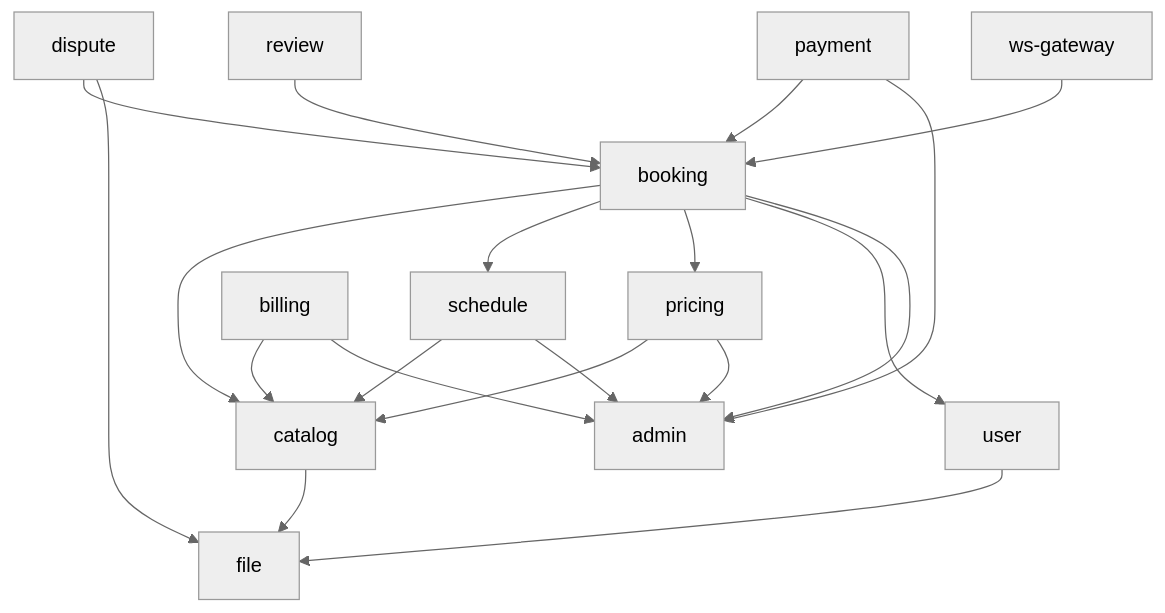
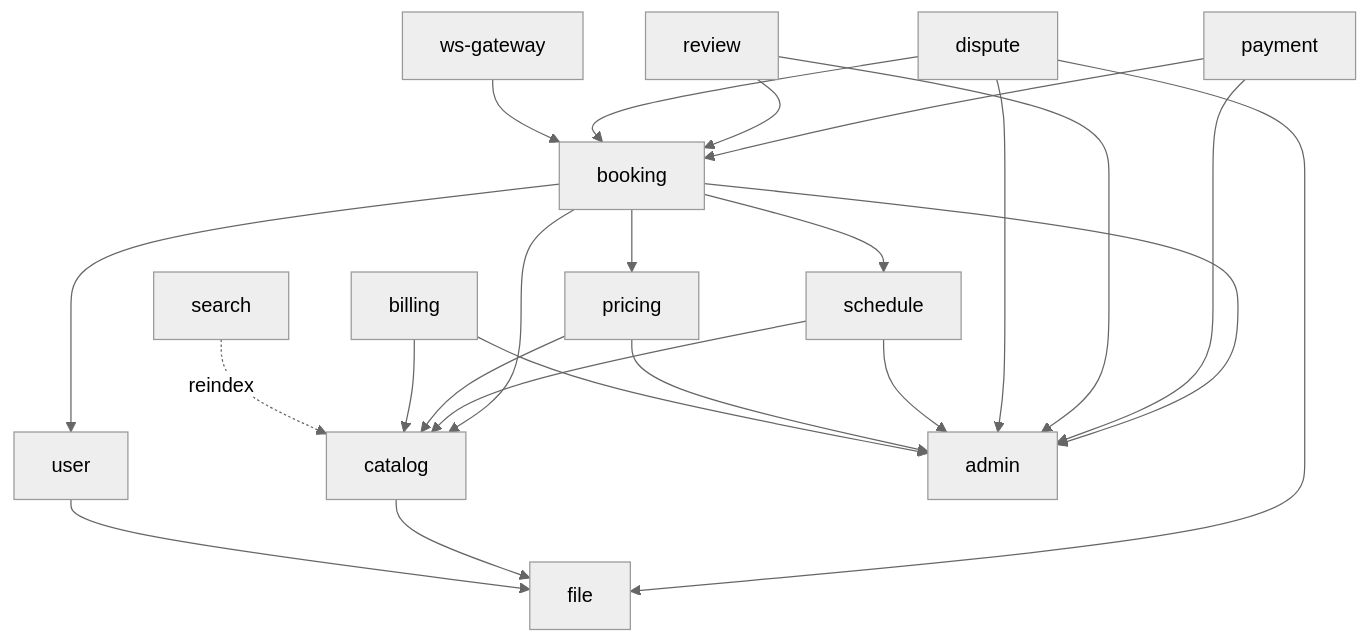
Before and after one commit to Muhiddin1408/nurse_new: the second of 9 diagrams in docs/ARCHITECTURE.md, drawn with Mermaid (neutral theme). The commit also changed other lines of this file and 287 other files, not shown here.

````diff
--- a/docs/ARCHITECTURE.md
+++ b/docs/ARCHITECTURE.md
@@ -151,22 +151,25 @@
 ```mermaid
 flowchart TD
     BKG[booking] --> CAT[catalog]
     BKG --> SCH[schedule]
     BKG --> PRC[pricing]
     BKG --> USR[user]
     BKG --> ADM[admin]
     PAY[payment] --> BKG
     PAY --> ADM
     REV[review] --> BKG
+    REV --> ADM
     DSP[dispute] --> BKG
+    DSP --> ADM
     DSP --> FILE[file]
     WS[ws-gateway] --> BKG
     SCH --> CAT
     SCH --> ADM
     PRC --> CAT
     PRC --> ADM
     BIL[billing] --> CAT
     BIL --> ADM
+    SRC[search] -. reindex .-> CAT
     CAT --> FILE
     USR --> FILE
 ```
````
